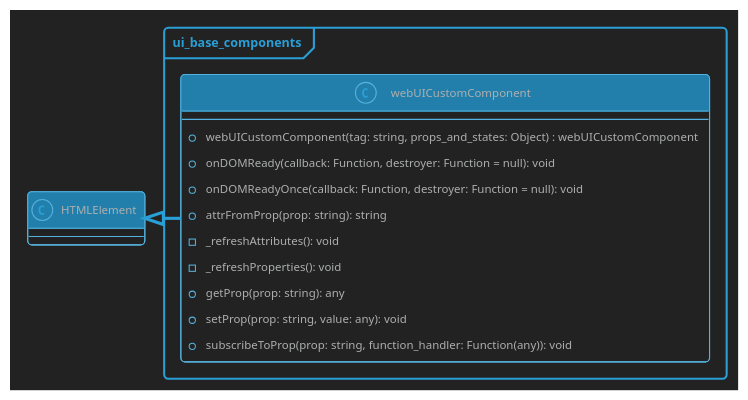
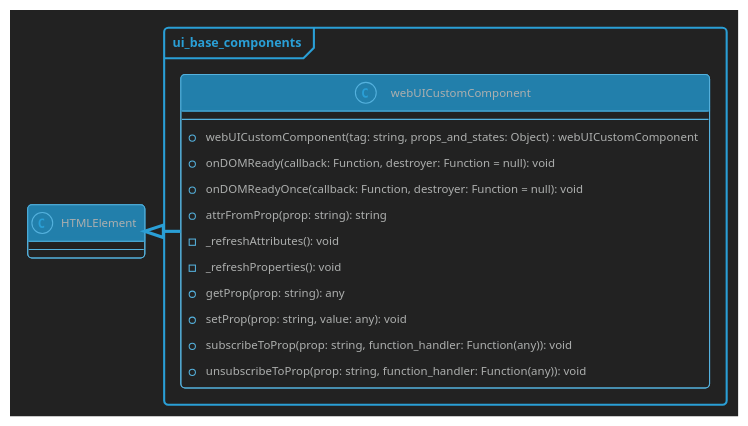
One commit to Picorims/wav2bar changed the diagram in docs/ui/web_ui_custom_component.plantuml. Above: the diagram before and after it, drawn with PlantUML. The commit also changed 1 other file, not shown here.

```diff
--- a/docs/ui/web_ui_custom_component.plantuml
+++ b/docs/ui/web_ui_custom_component.plantuml
@@ -1,42 +1,43 @@
 @startuml ui_base_components
 
 'Wav2Bar - Free software for creating audio visualization (motion design) videos
 'Copyright (C) 2022  Picorims <picorims.contact@gmail.com>
 
 'This program is free software: you can redistribute it and/or modify
 'it under the terms of the GNU General Public License as published by
 'the Free Software Foundation, either version 3 of the License, or
 'any later version.
 
 'This program is distributed in the hope that it will be useful,
 'but WITHOUT ANY WARRANTY; without even the implied warranty of
 'MERCHANTABILITY or FITNESS FOR A PARTICULAR PURPOSE.  See the
 'GNU General Public License for more details.
 
 'You should have received a copy of the GNU General Public License
 'along with this program.  If not, see <https://www.gnu.org/licenses/>.
 
 !theme cyborg-outline
 skinparam BackgroundColor #222222
 ' skinparam groupInheritance 2
 skinparam PackageStyle frame
 
 class HTMLElement {}
 
 package "ui_base_components" {
     class webUICustomComponent {
         --
         + webUICustomComponent(tag: string, props_and_states: Object) : webUICustomComponent
         + onDOMReady(callback: Function, destroyer: Function = null): void
         + onDOMReadyOnce(callback: Function, destroyer: Function = null): void
         + attrFromProp(prop: string): string
         - _refreshAttributes(): void
         - _refreshProperties(): void
         + getProp(prop: string): any
         + setProp(prop: string, value: any): void
         + subscribeToProp(prop: string, function_handler: Function(any)): void
+        + unsubscribeToProp(prop: string, function_handler: Function(any)): void
     }
     HTMLElement <|-right- webUICustomComponent
 }
 
 @enduml
```
